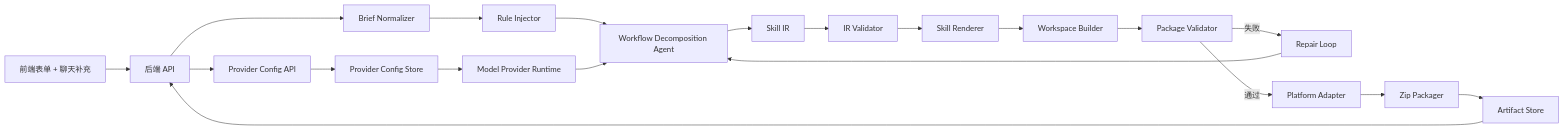
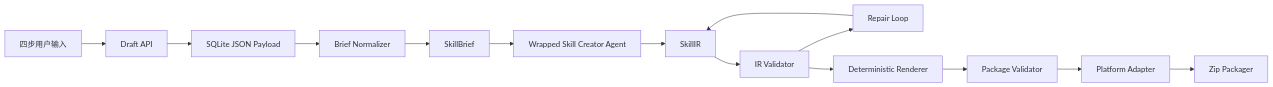
The diagram in docs/backend-architecture-prd.md (vc999999999/novafde), drawn with Mermaid before and after one commit. The commit also changed other lines of this file and 100 other files, not shown here.

````diff
--- a/docs/backend-architecture-prd.md
+++ b/docs/backend-architecture-prd.md
@@ -21,22 +16,16 @@
 ```mermaid
 flowchart LR
-  UI["前端表单 + 聊天补充"] --> API["后端 API"]
-  API --> Brief["Brief Normalizer"]
-  API --> Config["Provider Config API"]
-  Config --> ProviderStore["Provider Config Store"]
-  Brief --> Rules["Rule Injector"]
-  Rules --> Agent["Workflow Decomposition Agent"]
-  ProviderStore --> AgentRuntime["Model Provider Runtime"]
-  AgentRuntime --> Agent
-  Agent --> IR["Skill IR"]
-  IR --> IRV["IR Validator"]
-  IRV --> Renderer["Skill Renderer"]
-  Renderer --> FS["Workspace Builder"]
-  FS --> PV["Package Validator"]
-  PV -->|失败| Repair["Repair Loop"]
-  Repair --> Agent
-  PV -->|通过| Adapter["Platform Adapter"]
+  UI["四步用户输入"] --> API["Draft API"]
+  API --> DB["SQLite JSON Payload"]
+  DB --> Normalizer["Brief Normalizer"]
+  Normalizer --> Brief["SkillBrief"]
+  Brief --> Creator["Wrapped Skill Creator Agent"]
+  Creator --> IR["SkillIR"]
+  IR --> Validator["IR Validator"]
+  Validator --> Repair["Repair Loop"]
+  Repair --> IR
+  Validator --> Renderer["Deterministic Renderer"]
+  Renderer --> PackageValidator["Package Validator"]
+  PackageValidator --> Adapter["Platform Adapter"]
   Adapter --> Zip["Zip Packager"]
-  Zip --> Store["Artifact Store"]
-  Store --> API
 ```
````
